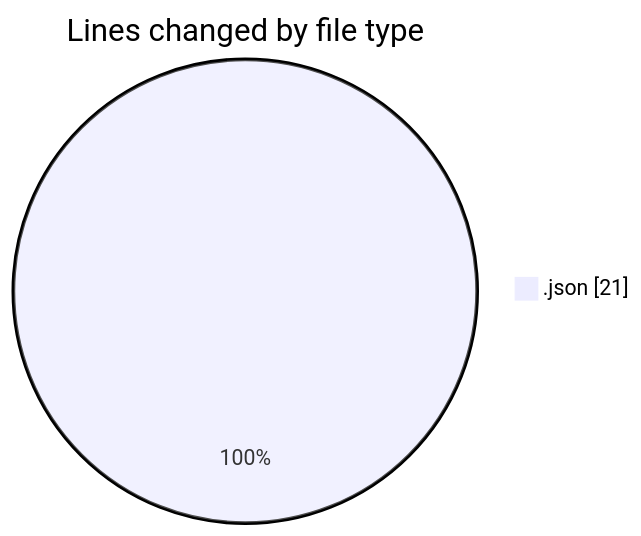
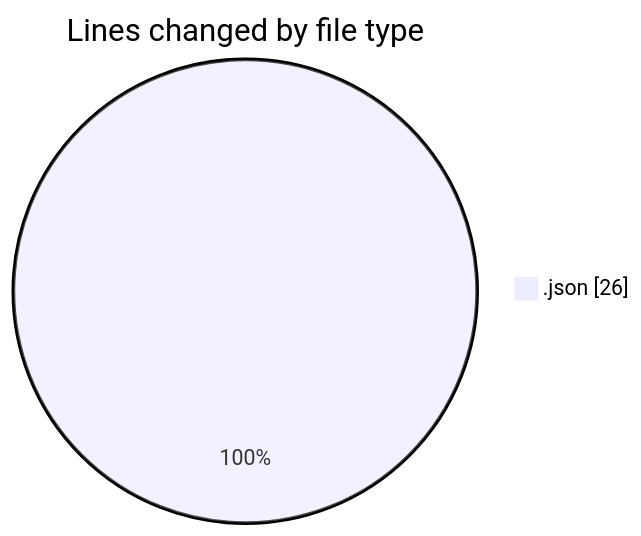
One commit to becaeroporto-bot/code-tracking changed the first of 2 diagrams in 2026-02-21/bot_i_a/README.md. Above: the diagram before and after it, drawn with Mermaid. The commit also changed other lines of this file and 1 other file, not shown here.

````diff
--- a/2026-02-21/bot_i_a/README.md
+++ b/2026-02-21/bot_i_a/README.md
@@ -20,5 +20,5 @@
 ```mermaid
 pie showData
 title Lines changed by file type
-".json" : 21
+".json" : 26
 ```
````
